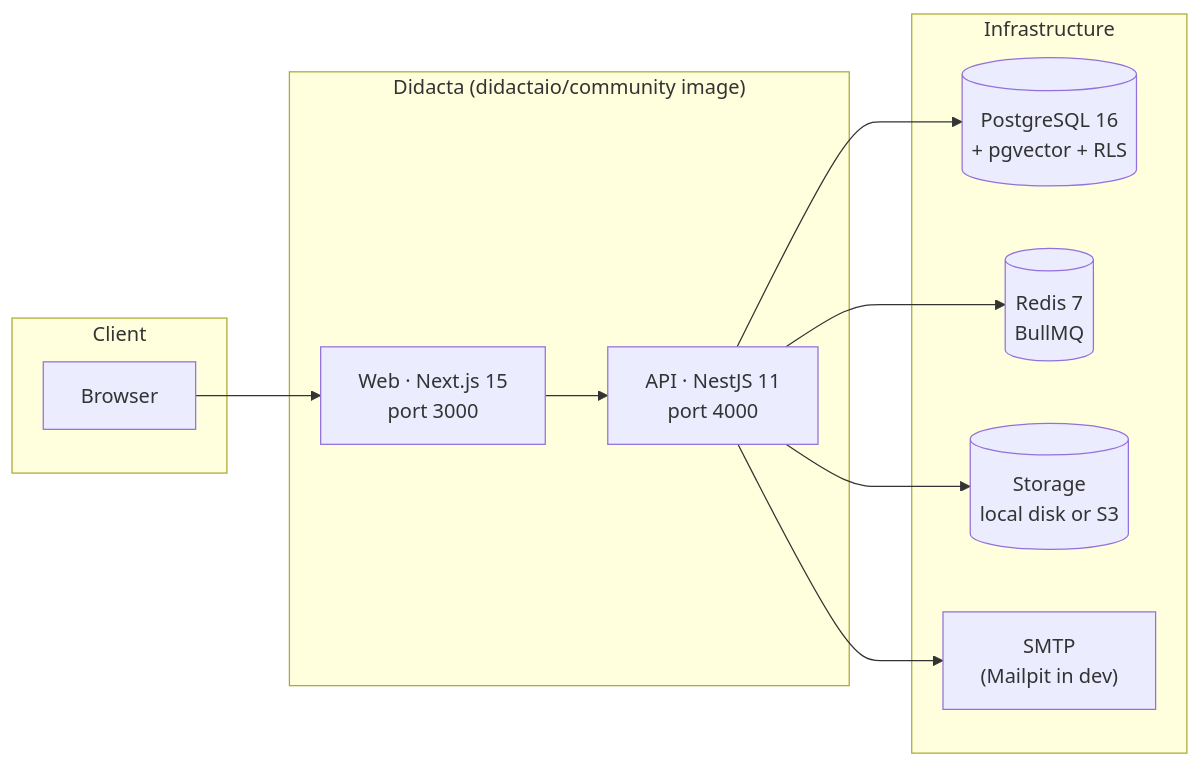
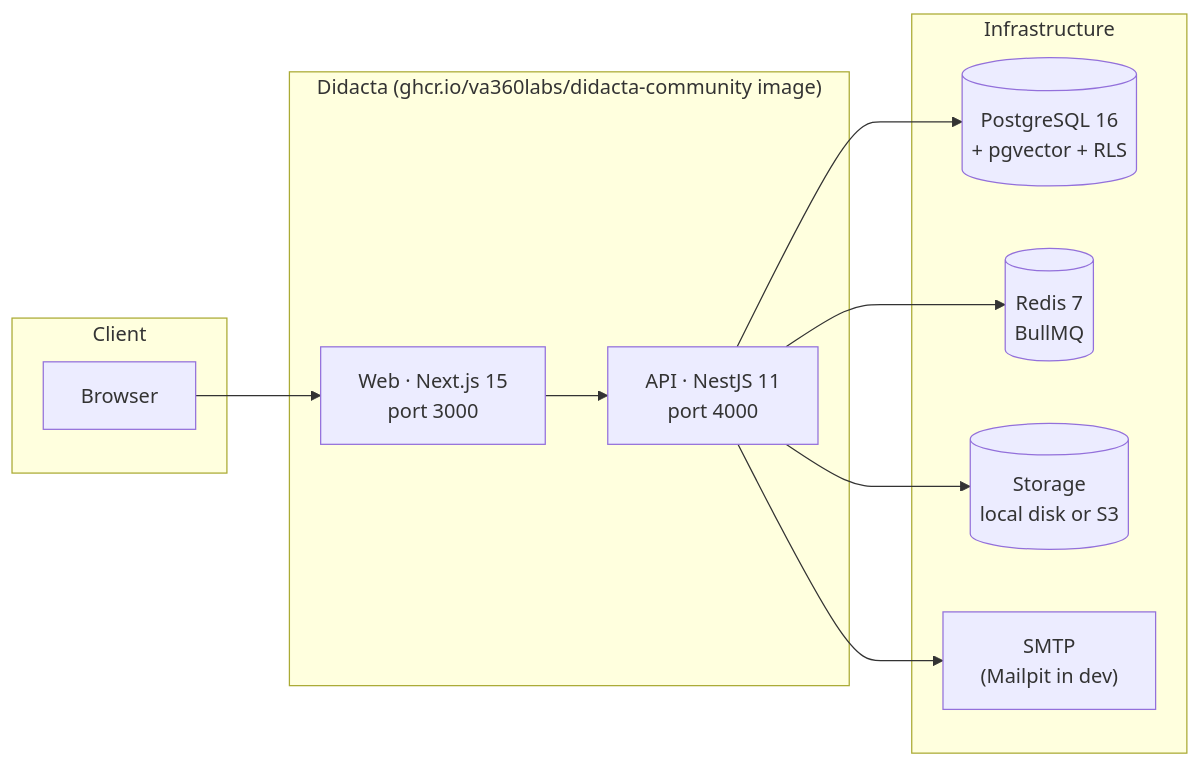
One commit to va360labs/didacta-docs changed the diagram in docs/primeros-pasos/arquitectura.en.md. Above: the diagram before and after it, drawn with Mermaid. The commit also changed other lines of this file and 18 other files, not shown here.

````diff
--- a/docs/primeros-pasos/arquitectura.en.md
+++ b/docs/primeros-pasos/arquitectura.en.md
@@ -7,22 +7,22 @@
 ```mermaid
 flowchart LR
     subgraph Client
         B[Browser]
     end
-    subgraph "Didacta (didactaio/community image)"
+    subgraph "Didacta (ghcr.io/va360labs/didacta-community image)"
         W["Web · Next.js 15<br/>port 3000"]
         A["API · NestJS 11<br/>port 4000"]
     end
     subgraph Infrastructure
         P[("PostgreSQL 16<br/>+ pgvector + RLS")]
         R[("Redis 7<br/>BullMQ")]
         S[("Storage<br/>local disk or S3")]
         M["SMTP<br/>(Mailpit in dev)"]
     end
     B --> W
     W --> A
     A --> P
     A --> R
     A --> S
     A --> M
 ```
````
